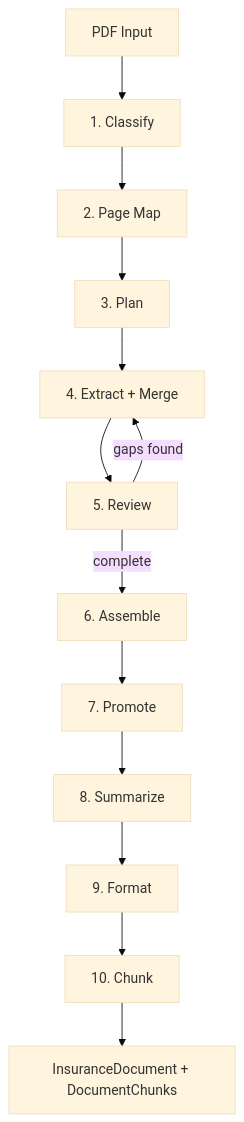
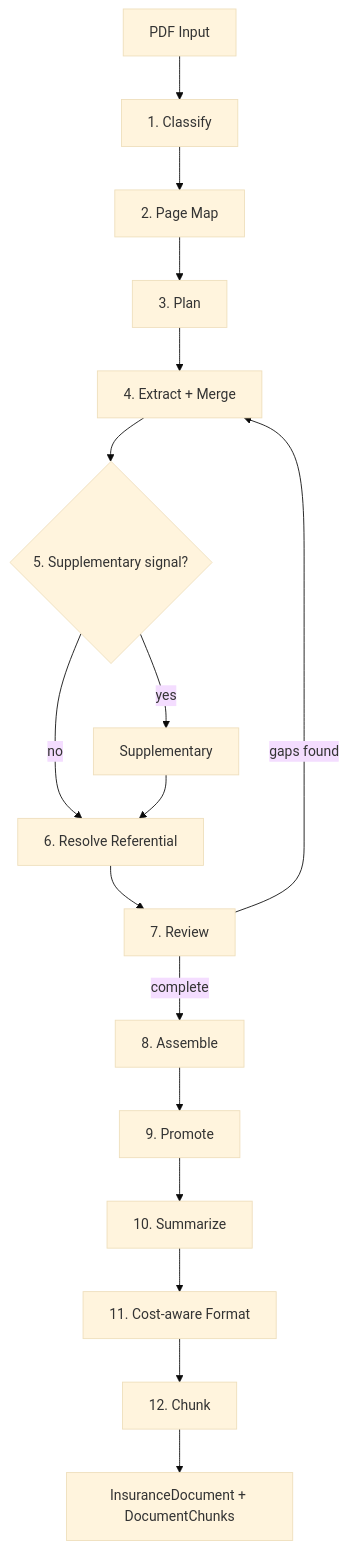
One commit to claritylabs-inc/cl-sdk changed the diagram in docs-pkg/extraction/pipeline.mdx. Above: the diagram before and after it, drawn with Mermaid (base theme). The commit also changed other lines of this file and 12 other files, not shown here.

````diff
--- a/docs-pkg/extraction/pipeline.mdx
+++ b/docs-pkg/extraction/pipeline.mdx
@@ -38,15 +38,19 @@
 ```mermaid
 flowchart TD
     A[PDF Input] --> B[1. Classify]
     B --> C[2. Page Map]
     C --> D[3. Plan]
     D --> E[4. Extract + Merge]
-    E --> F[5. Review]
-    F -->|gaps found| E
-    F -->|complete| G[6. Assemble]
-    G --> H[7. Promote]
-    H --> I[8. Summarize]
-    I --> J[9. Format]
-    J --> K[10. Chunk]
-    K --> L[InsuranceDocument + DocumentChunks]
+    E --> F{5. Supplementary signal?}
+    F -->|yes| G[Supplementary]
+    F -->|no| H[6. Resolve Referential]
+    G --> H
+    H --> I[7. Review]
+    I -->|gaps found| E
+    I -->|complete| J[8. Assemble]
+    J --> K[9. Promote]
+    K --> L[10. Summarize]
+    L --> M[11. Cost-aware Format]
+    M --> N[12. Chunk]
+    N --> O[InsuranceDocument + DocumentChunks]
 ```
````
